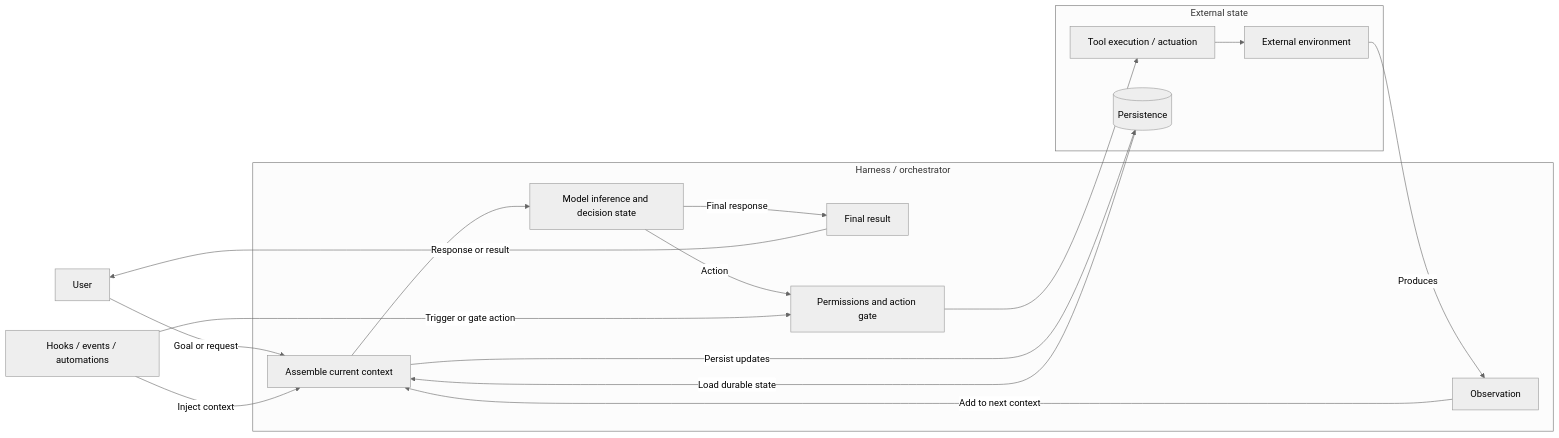
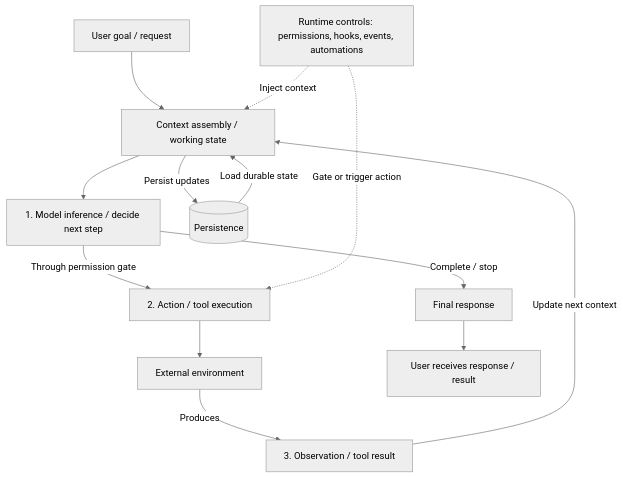
Before and after one commit to ArthurZakirov/SystemSmith: the diagram in skills/engineer-agentic-ai/references/agent-runtime-model.md, drawn with Mermaid (neutral theme).

Commit message:
docs: clarify ReAct runtime diagram

````diff
--- a/skills/engineer-agentic-ai/references/agent-runtime-model.md
+++ b/skills/engineer-agentic-ai/references/agent-runtime-model.md
@@ -20,24 +20,15 @@
 ```mermaid
-flowchart LR
-    U[User] -->|Goal or request| C
-
-    subgraph H[Harness / orchestrator]
-        C[Assemble current context] --> M[Model inference and decision state]
-        M -->|Final response| R[Final result]
-        M -->|Action| G[Permissions and action gate]
-        O[Observation] -->|Add to next context| C
-    end
-
-    subgraph E[External state]
-        A[Tool execution / actuation] --> X[External environment]
-        P[(Persistence)]
-    end
-
-    G --> A
+flowchart TB
+    U[User goal / request] --> C
+    C[Context assembly / working state] --> M[1. Model inference / decide next step]
+    M -->|Complete / stop| R[Final response]
+    M -->|Through permission gate| A
+    A[2. Action / tool execution] --> X[External environment]
     X -->|Produces| O
-    P -->|Load durable state| C
+    O[3. Observation / tool result] -->|Update next context| C
+    P[(Persistence)] -->|Load durable state| C
     C -->|Persist updates| P
-    K[Hooks / events / automations] -->|Inject context| C
-    K -->|Trigger or gate action| G
-    R -->|Response or result| U
+    K[Runtime controls: permissions, hooks, events, automations] -.->|Inject context| C
+    K -.->|Gate or trigger action| A
+    R --> V[User receives response / result]
 ```
````
